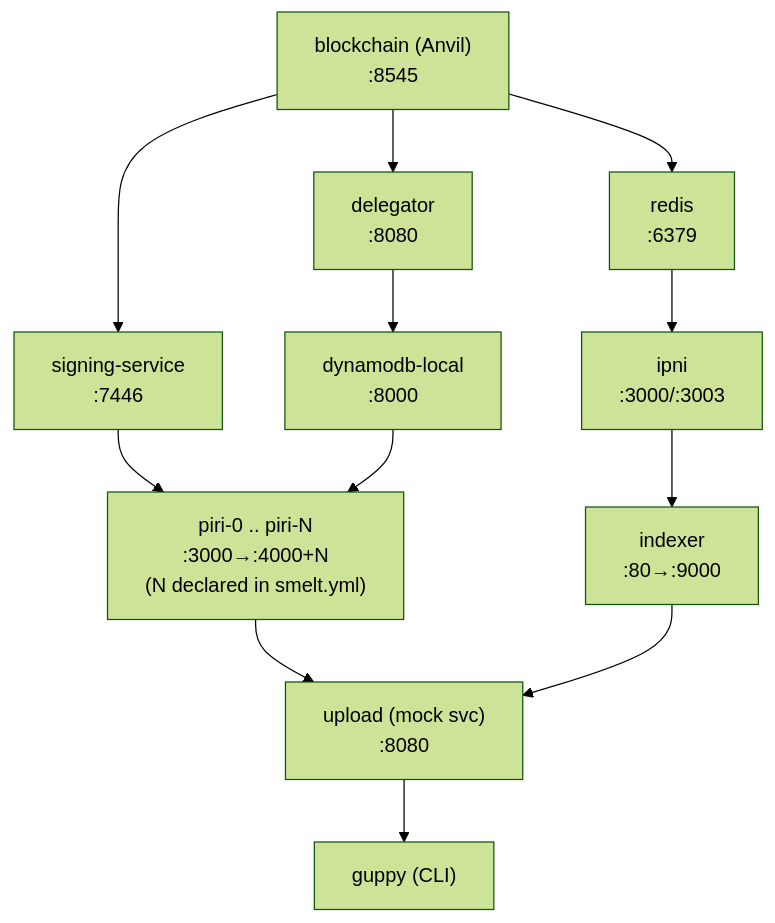
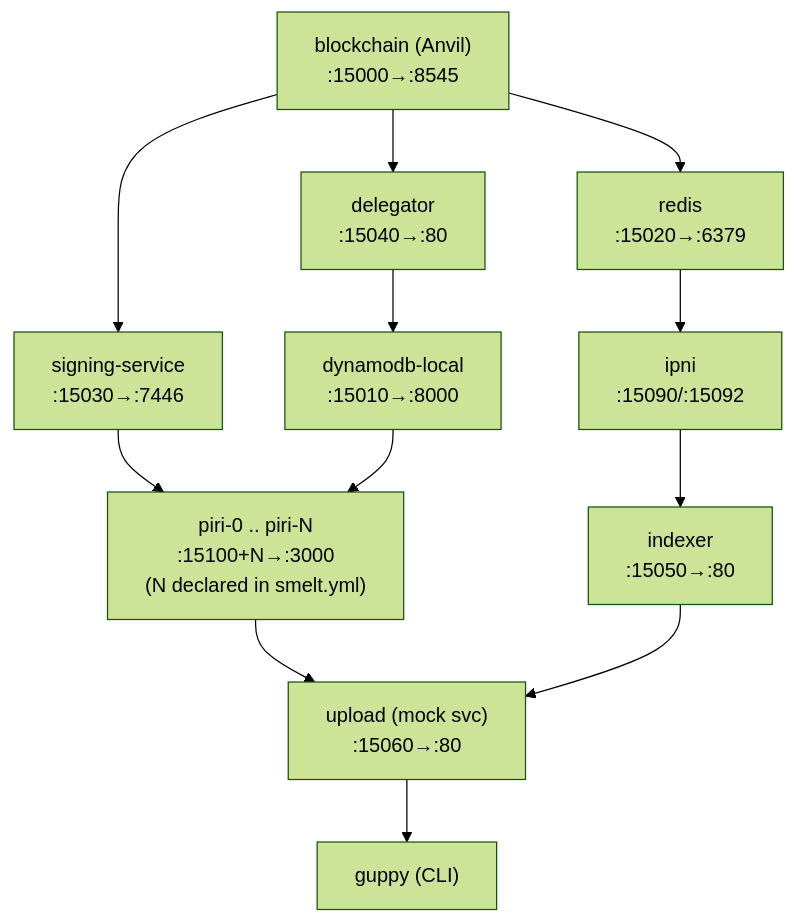
The first of 12 diagrams in smelt/docs/ARCHITECTURE.md (fil-forge/forge), drawn with Mermaid (forest theme) before and after one commit. The commit also changed other lines of this file and 24 other files, not shown here.

````diff
--- a/smelt/docs/ARCHITECTURE.md
+++ b/smelt/docs/ARCHITECTURE.md
@@ -59,20 +59,20 @@
 ```mermaid
 flowchart TB
-    blockchain["blockchain (Anvil)<br/>:8545"]
+    blockchain["blockchain (Anvil)<br/>:15000→:8545"]
 
-    blockchain --> signing["signing-service<br/>:7446"]
-    blockchain --> delegator["delegator<br/>:8080"]
-    blockchain --> redis["redis<br/>:6379"]
+    blockchain --> signing["signing-service<br/>:15030→:7446"]
+    blockchain --> delegator["delegator<br/>:15040→:80"]
+    blockchain --> redis["redis<br/>:15020→:6379"]
 
-    delegator --> dynamodb["dynamodb-local<br/>:8000"]
-    redis --> ipni["ipni<br/>:3000/:3003"]
+    delegator --> dynamodb["dynamodb-local<br/>:15010→:8000"]
+    redis --> ipni["ipni<br/>:15090/:15092"]
 
-    signing --> piri["piri-0 .. piri-N<br/>:3000→:4000+N<br/>(N declared in smelt.yml)"]
+    signing --> piri["piri-0 .. piri-N<br/>:15100+N→:3000<br/>(N declared in smelt.yml)"]
     dynamodb --> piri
-    ipni --> indexer["indexer<br/>:80→:9000"]
+    ipni --> indexer["indexer<br/>:15050→:80"]
 
-    piri --> upload["upload (mock svc)<br/>:8080"]
+    piri --> upload["upload (mock svc)<br/>:15060→:80"]
     indexer --> upload
 
     upload --> guppy["guppy (CLI)"]
 ```
````
